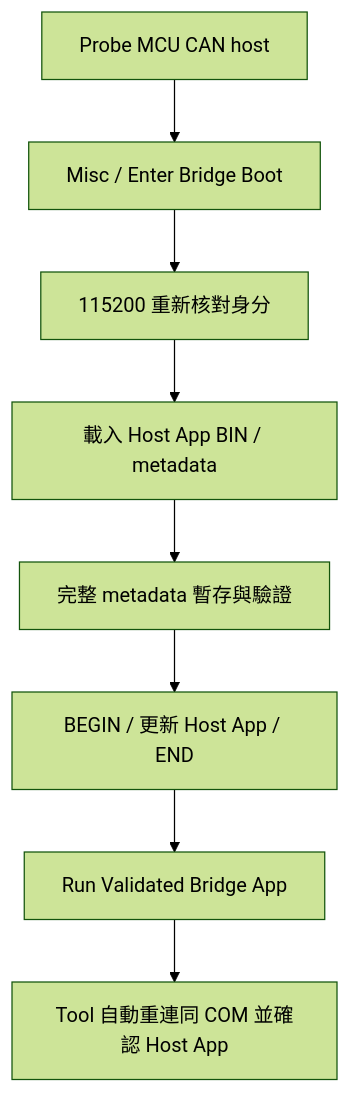
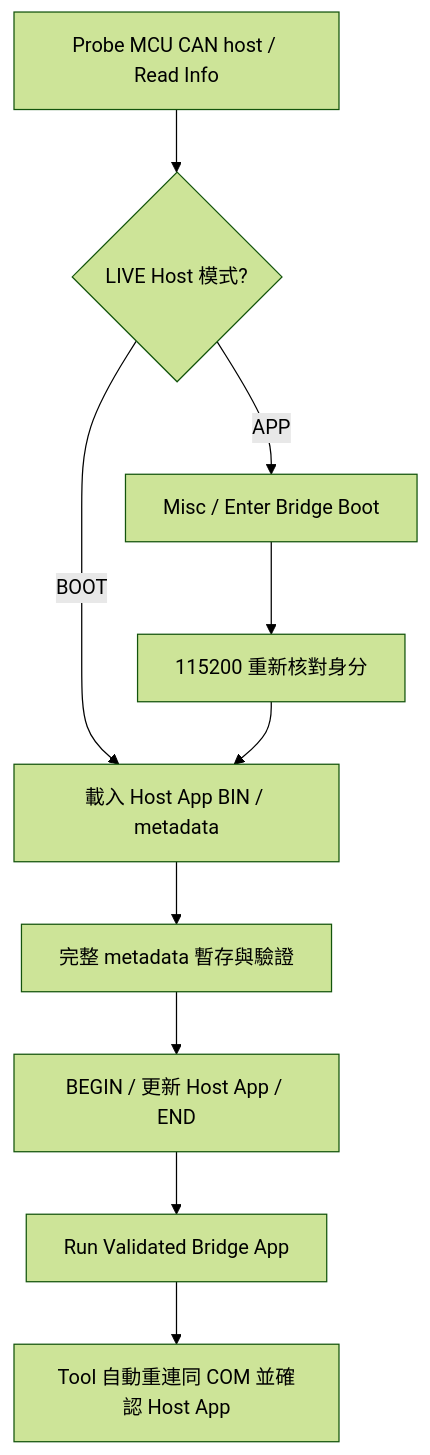
One commit to released/slide_simple_renesas_isp_tool changed the first of 2 diagrams in host-firmware.md. Above: the diagram before and after it, drawn with Mermaid (forest theme). The commit also changed other lines of this file and 6 other files, not shown here.

````diff
--- a/host-firmware.md
+++ b/host-firmware.md
@@ -22,10 +22,12 @@
 ```mermaid
 flowchart TD
-    INFO["Probe MCU CAN host"] --> ENTER["Misc / Enter Bridge Boot"]
+    INFO["Probe MCU CAN host / Read Info"] --> MODE{"LIVE Host 模式?"}
+    MODE -->|APP| ENTER["Misc / Enter Bridge Boot"]
     ENTER --> LINK["115200 重新核對身分"]
-    LINK --> IMAGE["載入 Host App BIN / metadata"]
+    MODE -->|BOOT| IMAGE["載入 Host App BIN / metadata"]
+    LINK --> IMAGE
     IMAGE --> STAGE["完整 metadata 暫存與驗證"]
     STAGE --> UPDATE["BEGIN / 更新 Host App / END"]
     UPDATE --> RUN["Run Validated Bridge App"]
     RUN --> PROBE["Tool 自動重連同 COM 並確認 Host App"]
 ```
````
